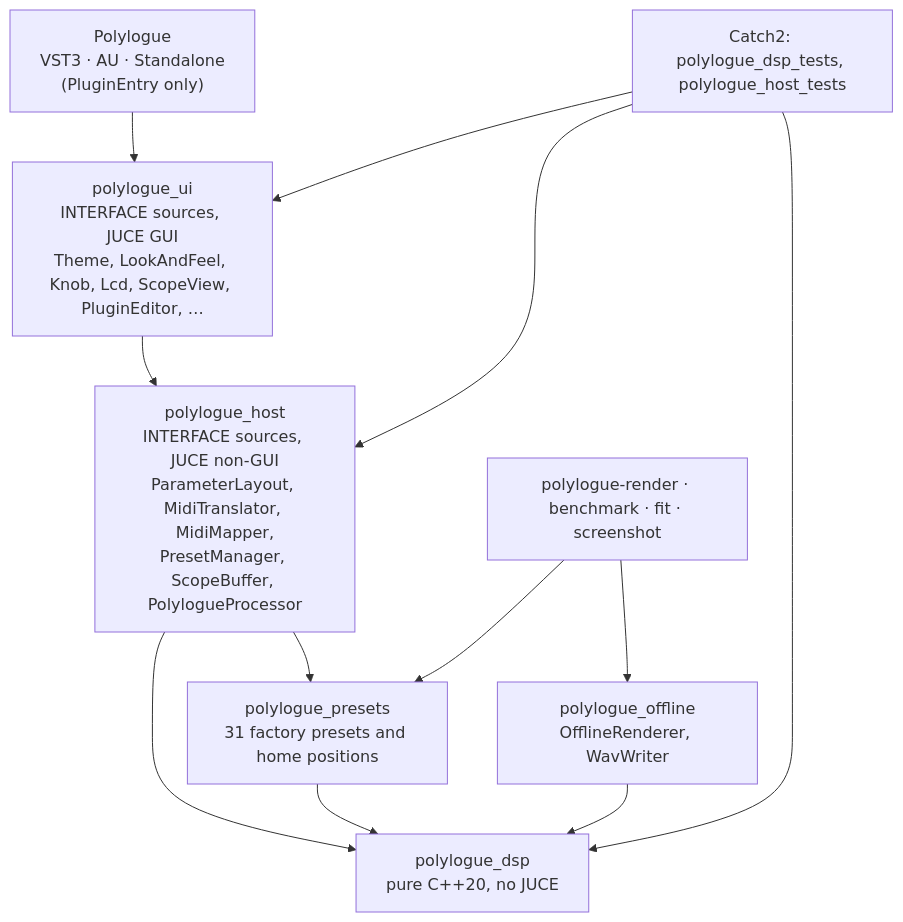
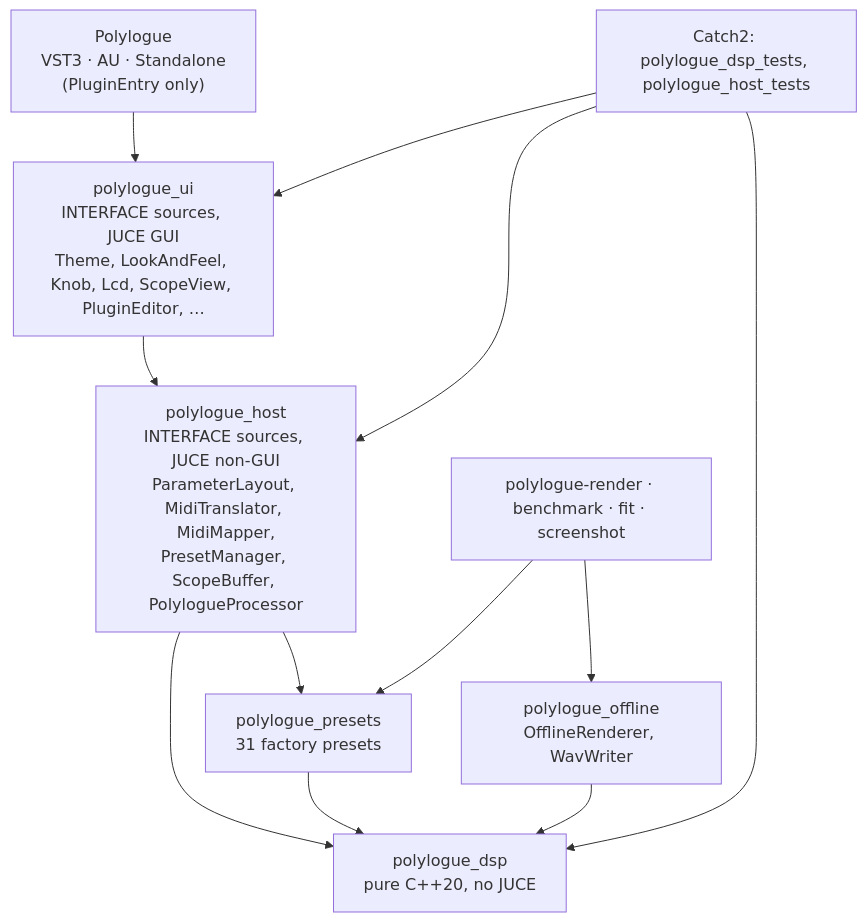
One commit to rithulkamesh/polylogue changed the fifth of 5 diagrams in docs/architecture.md. Above: the diagram before and after it, drawn with Mermaid. The commit also changed other lines of this file and 34 other files, not shown here.

````diff
--- a/docs/architecture.md
+++ b/docs/architecture.md
@@ -482,14 +482,14 @@
 ```mermaid
 flowchart TB
     plugin["Polylogue<br/>VST3 · AU · Standalone<br/>(PluginEntry only)"] --> ui["polylogue_ui<br/>INTERFACE sources, JUCE GUI<br/>Theme, LookAndFeel, Knob, Lcd, ScopeView, PluginEditor, …"]
     ui --> host["polylogue_host<br/>INTERFACE sources, JUCE non-GUI<br/>ParameterLayout, MidiTranslator, MidiMapper,<br/>PresetManager, ScopeBuffer, PolylogueProcessor"]
-    host --> presets["polylogue_presets<br/>31 factory presets and home positions"]
+    host --> presets["polylogue_presets<br/>31 factory presets"]
     host --> dsp["polylogue_dsp<br/>pure C++20, no JUCE"]
     presets --> dsp
     offline["polylogue_offline<br/>OfflineRenderer, WavWriter"] --> dsp
     tools["polylogue-render · benchmark · fit · screenshot"] --> offline
     tools --> presets
     tests["Catch2: polylogue_dsp_tests, polylogue_host_tests"] --> ui
     tests --> host
     tests --> dsp
 ```
````
